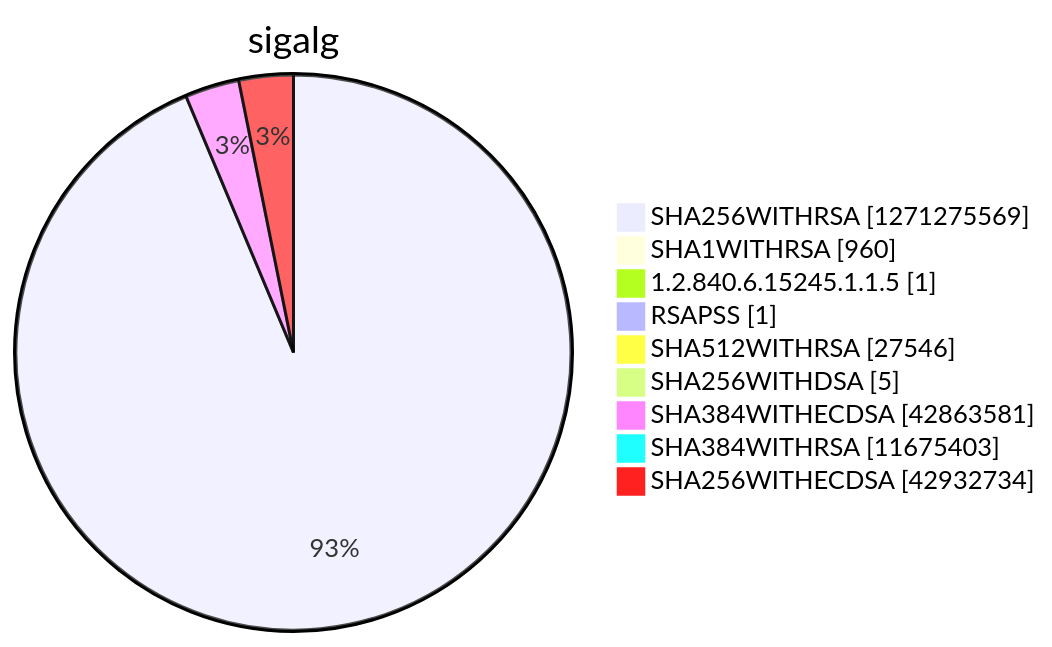
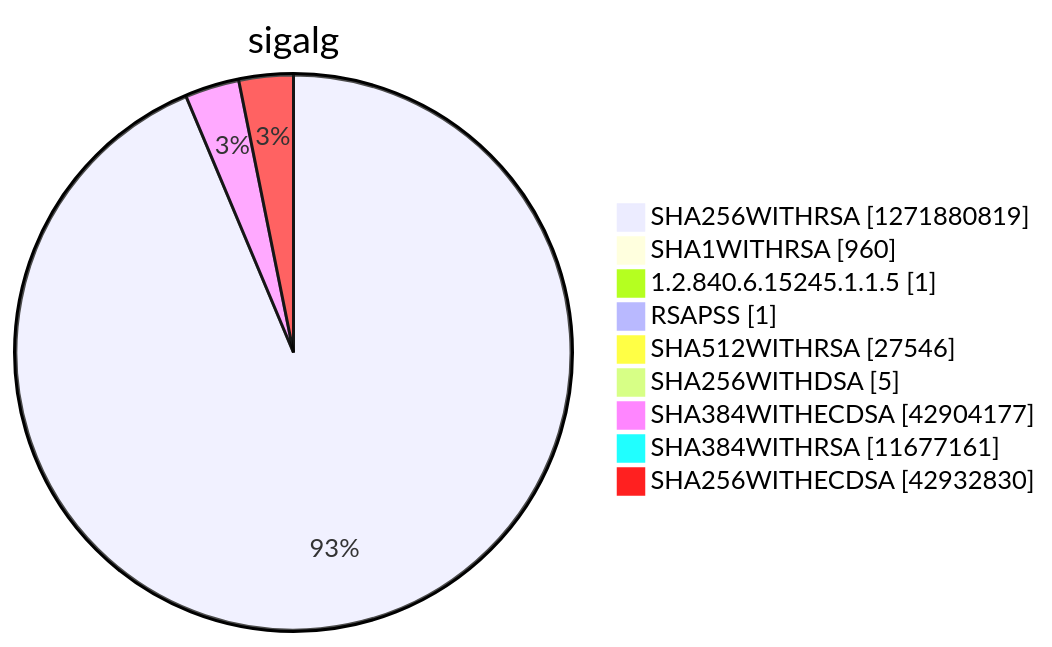
Diagram 15 of 15 in argon2022/README.md (christiankrug/ctmonitor_visualization), drawn with Mermaid before and after one commit. The commit also changed other lines of this file, not shown here.

````diff
--- a/argon2022/README.md
+++ b/argon2022/README.md
@@ -5522,13 +5522,13 @@
 ```mermaid
 pie showData
 title sigalg
-"SHA256WITHRSA" :1271275569
+"SHA256WITHRSA" :1271880819
 "SHA1WITHRSA" :960
 "1.2.840.6.15245.1.1.5" :1
 "RSAPSS" :1
 "SHA512WITHRSA" :27546
 "SHA256WITHDSA" :5
-"SHA384WITHECDSA" :42863581
-"SHA384WITHRSA" :11675403
-"SHA256WITHECDSA" :42932734
+"SHA384WITHECDSA" :42904177
+"SHA384WITHRSA" :11677161
+"SHA256WITHECDSA" :42932830
 ```
````
